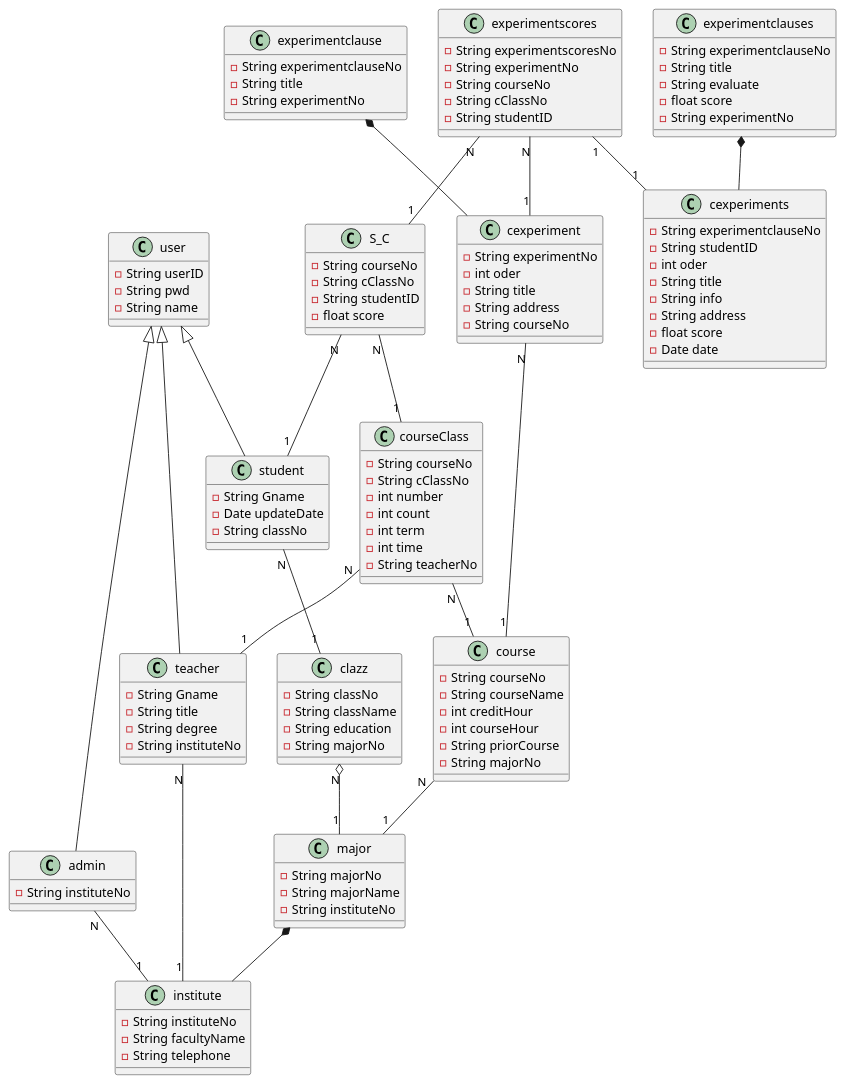
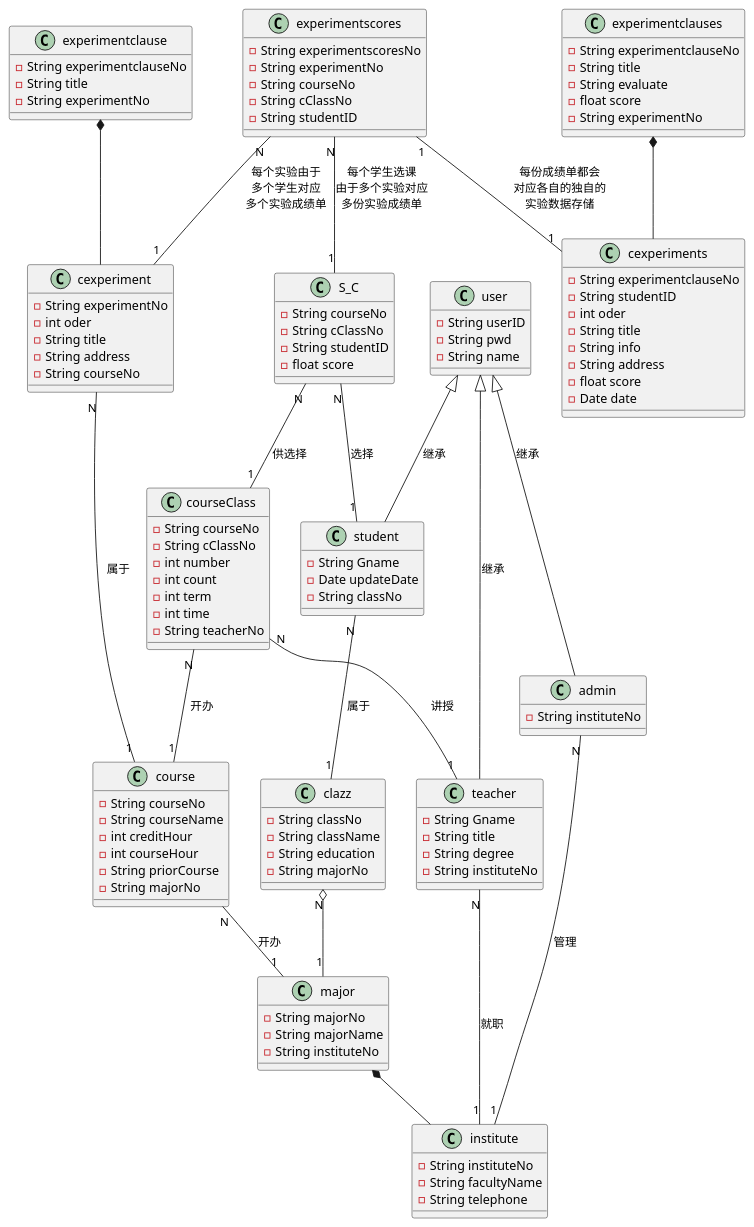
Before and after one commit to 201610414130/is_analysis-4: the diagram in test6/classView.pu, drawn with PlantUML. The commit also changed 1 other file, not shown here.

Commit message:
给类图的关系基本上加了说明

```diff
--- a/test6/classView.pu
+++ b/test6/classView.pu
@@ -1,118 +1,118 @@
 @startuml 实验管理平台类图
 class user{
     -String userID
     -String pwd
     -String name
 }
 class student{
     -String Gname
     -Date updateDate
     -String classNo
 }
 class teacher{
     -String Gname
     -String title
     -String degree
     -String instituteNo
 }
 class admin{
     -String instituteNo
 }
 class clazz{
     -String classNo
     -String className
     -String education
     -String majorNo
 }
 class major{
     -String majorNo
     -String majorName
     -String instituteNo
 }
 class institute{
     -String instituteNo
     -String facultyName
     -String telephone
 }
 class course{
     -String courseNo
     -String courseName
     -int creditHour
     -int courseHour
     -String priorCourse
     -String majorNo
 }
 class courseClass{
     -String courseNo
     -String cClassNo
     -int number
     -int count
     -int term
     -int time
     -String teacherNo
 }
 class S_C{
     -String courseNo
     -String cClassNo
     -String studentID
     -float score
 }
 
 class cexperiment{
     -String experimentNo
     -int oder
     -String title
     -String address
     -String courseNo
 }
 
 class experimentclause{
     -String experimentclauseNo
     -String title
     -String experimentNo
 }
 
 class cexperiments{
     -String experimentclauseNo
     -String studentID
     -int oder
     -String title
     -String info
     -String address
     -float score
     -Date date
 }
 class experimentclauses{
     -String experimentclauseNo
     -String title
     -String evaluate
     -float score
     -String experimentNo
 }
 class experimentscores{
     -String experimentscoresNo
     -String experimentNo
     -String courseNo
     -String cClassNo
     -String studentID
 }
-student -up-|> user
-teacher -up-|> user
-admin -up-|> user
-student "N" -- "1" clazz
+student -up-|> user:继承
+teacher -up-|> user:继承
+admin -up-|> user:继承
+student "N" -- "1" clazz:属于
 clazz "N" o-- "1" major
 major *-- institute
-teacher "N" -- "1" institute
-admin "N" -- "1" institute
-S_C "N" -- "1" student
-S_C "N" -- "1" courseClass
-courseClass "N" -- "1" course
-courseClass "N" -- "1" teacher
-course "N" -- "1" major
+teacher "N" -- "1" institute:就职
+admin "N" -- "1" institute:管理
+S_C "N" -- "1" student:选择
+S_C "N" -- "1" courseClass:供选择
+courseClass "N" -- "1" course:开办
+courseClass "N" -- "1" teacher:讲授
+course "N" -- "1" major:开办
 experimentclause *-- cexperiment
-cexperiment "N" -- "1" course
-experimentscores "N" -- "1" S_C
-experimentscores "N" -- "1" cexperiment
+cexperiment "N" -- "1" course:属于
+experimentscores "N" -- "1" S_C:每个学生选课\n由于多个实验对应\n多份实验成绩单
+experimentscores "N" -- "1" cexperiment:每个实验由于\n多个学生对应\n多个实验成绩单
 experimentclauses *-- cexperiments
-experimentscores "1"--"1" cexperiments
+experimentscores "1"--"1" cexperiments:每份成绩单都会\n对应各自的独自的\n实验数据存储
 @enduml
```
